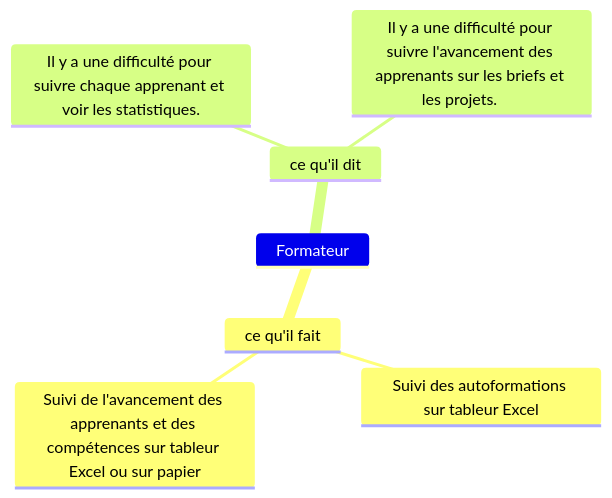
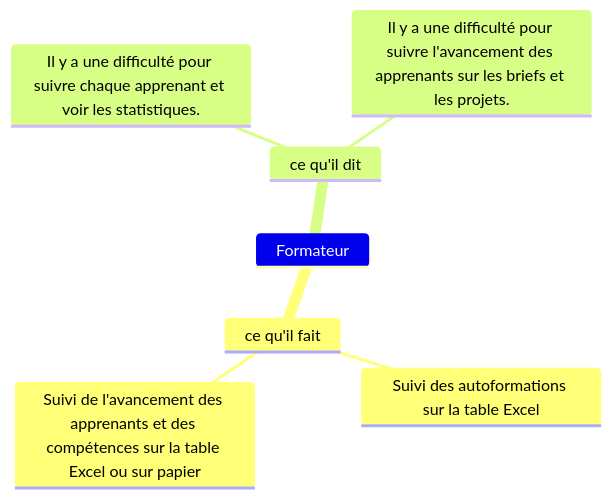
One commit to solicoders/soli-lms changed the diagram in modélisation/pkg_suivi/empathie-formateur_pkg_suivi.mmd. Above: the diagram before and after it, drawn with Mermaid. The commit also changed 3 other files, not shown here.

```diff
--- a/modélisation/pkg_suivi/empathie-formateur_pkg_suivi.mmd
+++ b/modélisation/pkg_suivi/empathie-formateur_pkg_suivi.mmd
@@ -1,11 +1,10 @@
 %% @config(../mindmap-config.json)
 mindmap
 Formateur
 
-       ce qu'il fait
-        Suivi des autoformations sur tableur Excel
-        Suivi de l'avancement des apprenants et des compétences sur tableur Excel ou sur papier
-
+      ce qu'il fait
+        Suivi des autoformations sur la table Excel
+        Suivi de l'avancement des apprenants et des compétences sur la table Excel ou sur papier
       ce qu'il dit
         Il y a une difficulté pour suivre chaque apprenant et voir les statistiques.
-        Il y a une difficulté pour suivre l'avancement des apprenants sur les briefs et les projets.      
+        Il y a une difficulté pour suivre l'avancement des apprenants sur les briefs et les projets.
```
